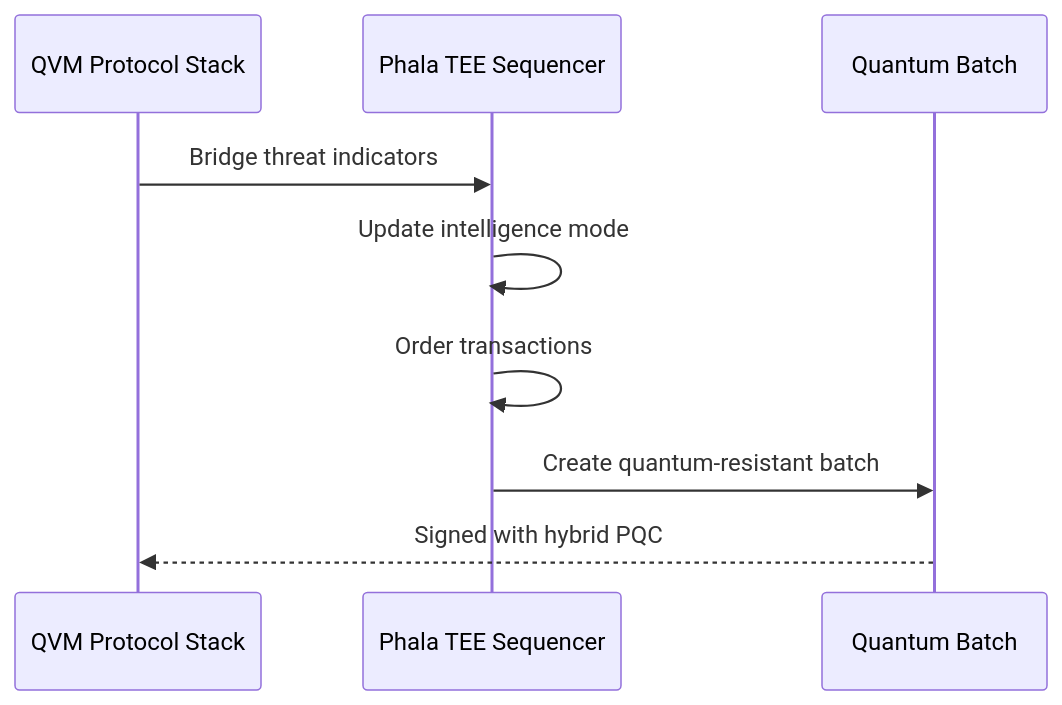
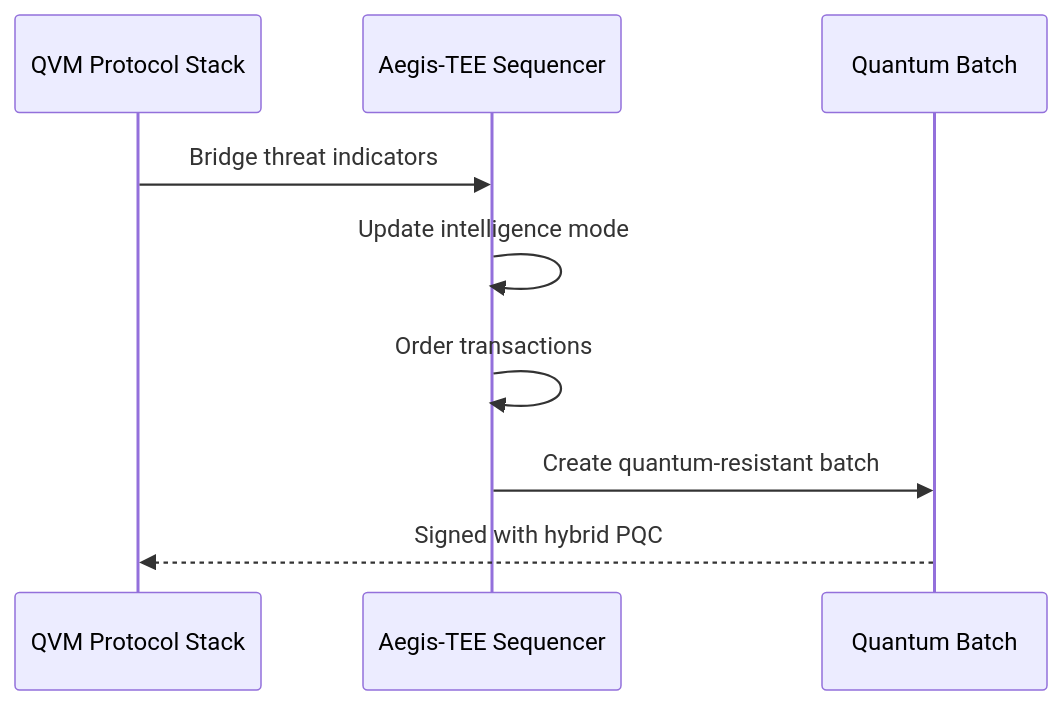
Before and after one commit to Halo-Labs-xyz/qAegis: the eighth of 8 diagrams in docs/architecture/qvm_integration.md, drawn with Mermaid. The commit also changed other lines of this file and 26 other files, not shown here.

````diff
--- a/docs/architecture/qvm_integration.md
+++ b/docs/architecture/qvm_integration.md
@@ -415,12 +417,12 @@
 ```mermaid
 sequenceDiagram
     participant QVM as QVM Protocol Stack
-    participant TEE as Phala TEE Sequencer
+    participant TEE as Aegis-TEE Sequencer
     participant Batch as Quantum Batch
     
     QVM->>TEE: Bridge threat indicators
     TEE->>TEE: Update intelligence mode
     TEE->>TEE: Order transactions
     TEE->>Batch: Create quantum-resistant batch
     Batch-->>QVM: Signed with hybrid PQC
 ```
````
